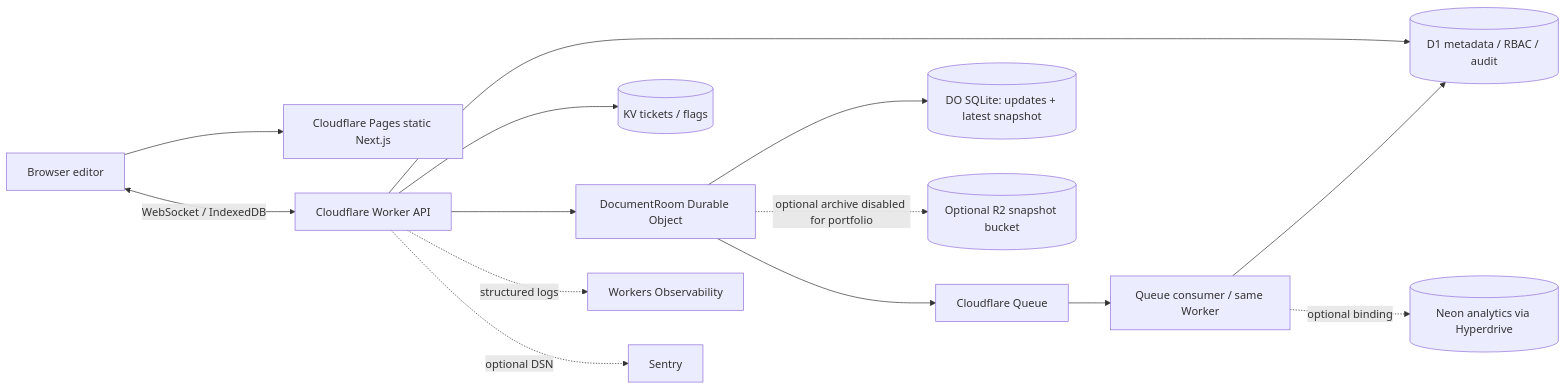
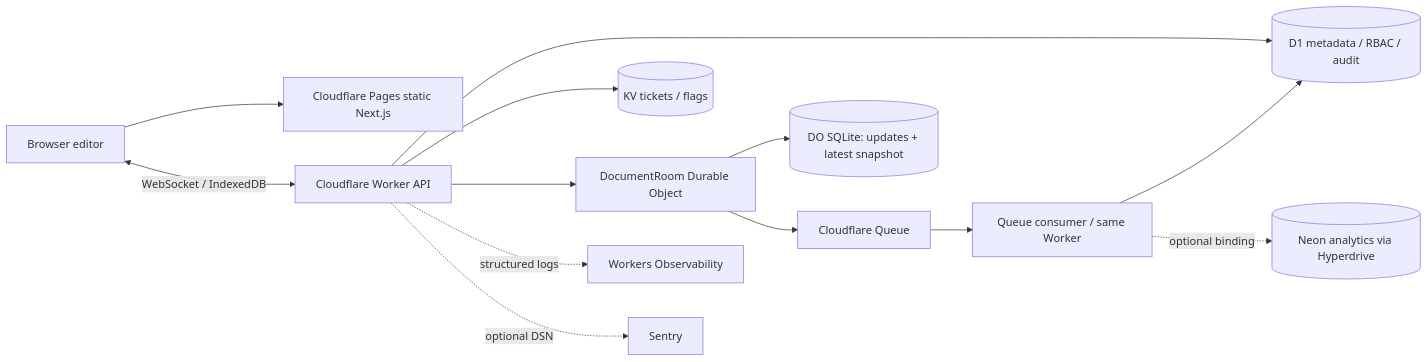
One commit to b-1-o/cloud-project changed the diagram in docs/architecture.mmd. Above: the diagram before and after it, drawn with Mermaid. The commit also changed 5 other files, not shown here.

```diff
--- a/docs/architecture.mmd
+++ b/docs/architecture.mmd
@@ -1,14 +1,13 @@
 flowchart LR
   Browser[Browser editor] --> Pages[Cloudflare Pages static Next.js]
   Browser <-->|WebSocket / IndexedDB| API[Cloudflare Worker API]
   API --> D1[(D1 metadata / RBAC / audit)]
   API --> KV[(KV tickets / flags)]
   API --> DO[DocumentRoom Durable Object]
   DO --> SQLite[(DO SQLite: updates + latest snapshot)]
-  DO -. optional archive disabled for portfolio .-> R2[(Optional R2 snapshot bucket)]
   DO --> Q[Cloudflare Queue]
   Q --> Consumer[Queue consumer / same Worker]
   Consumer --> D1
   Consumer -. optional binding .-> Neon[(Neon analytics via Hyperdrive)]
   API -. structured logs .-> Obs[Workers Observability]
   API -. optional DSN .-> Sentry[Sentry]
```
